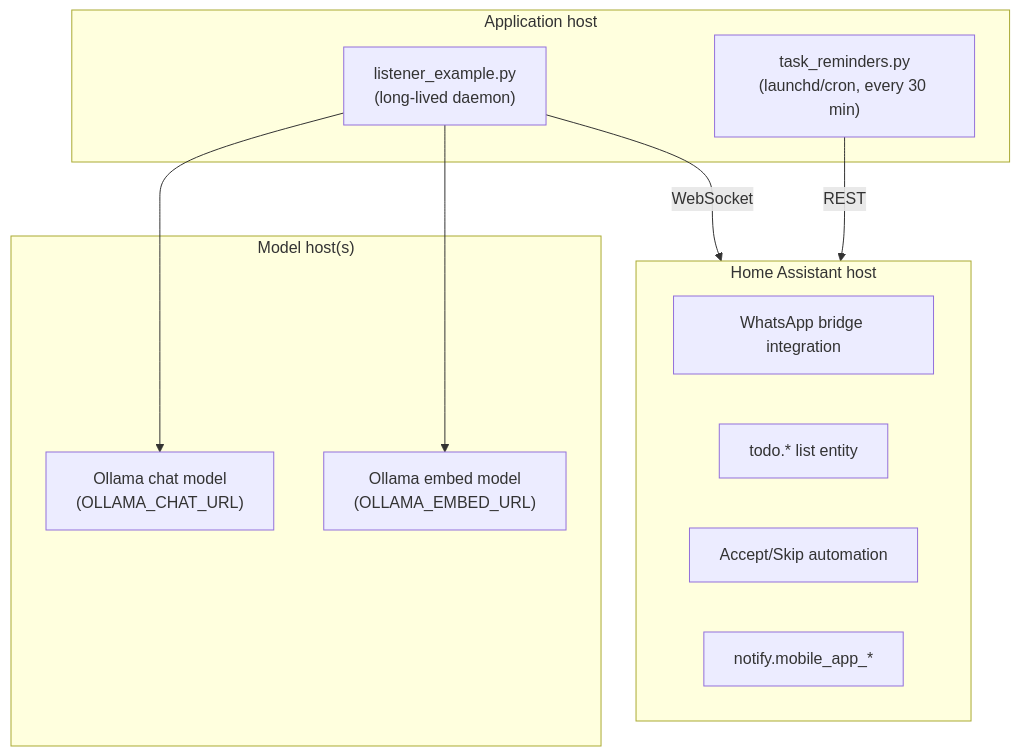
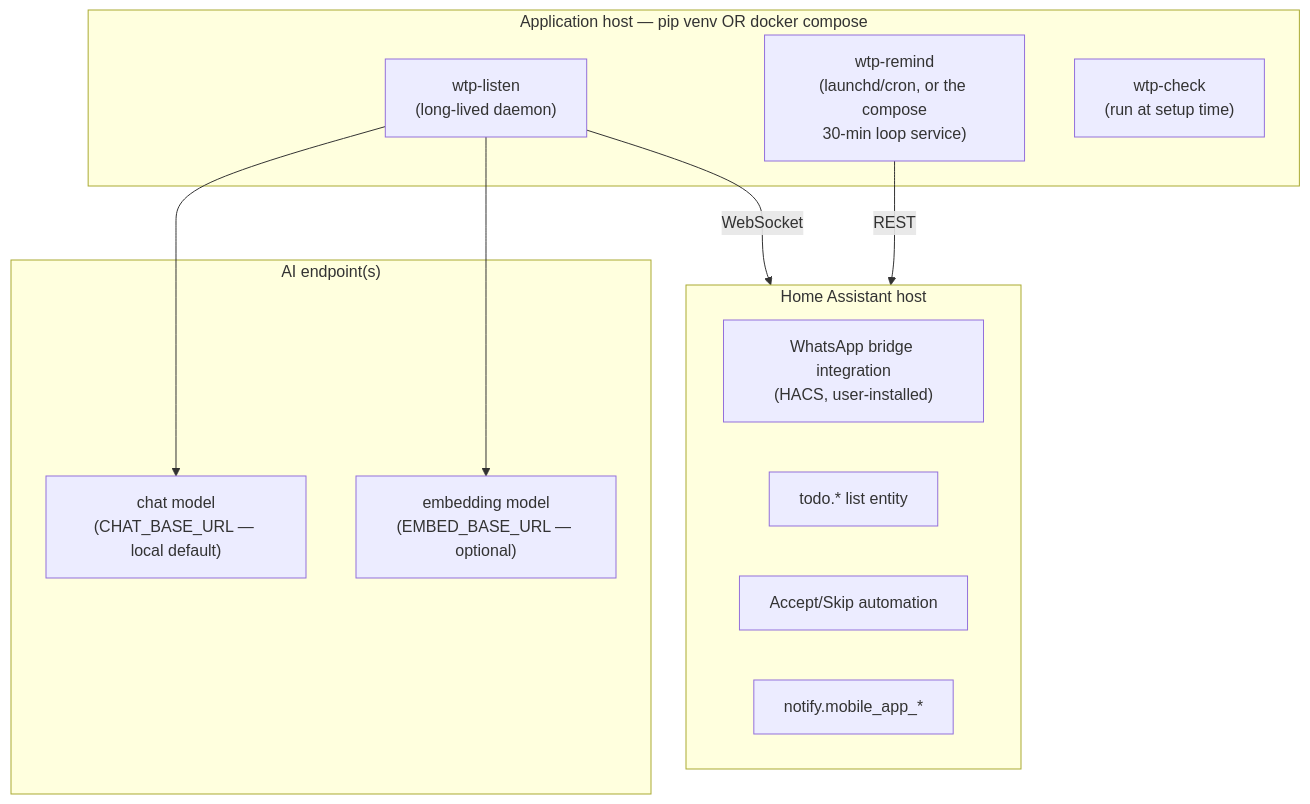
The diagram in docs/architecture/07-deployment.md (danaghili/whatsapp-task-pipeline), drawn with Mermaid before and after one commit. The commit also changed other lines of this file and 36 other files, not shown here.

First line of the commit message:
INC-001: provider-agnostic AI layer, packaging, Docker, checker, tests

````diff
--- a/docs/architecture/07-deployment.md
+++ b/docs/architecture/07-deployment.md
@@ -6,21 +6,22 @@
 ```mermaid
 graph TB
     subgraph ha_host["Home Assistant host"]
-        bridge["WhatsApp bridge integration"]
+        bridge["WhatsApp bridge integration<br/>(HACS, user-installed)"]
         todo["todo.* list entity"]
         auto["Accept/Skip automation"]
         notify["notify.mobile_app_*"]
     end
-    subgraph app_host["Application host"]
-        listener["listener_example.py<br/>(long-lived daemon)"]
-        reminders["task_reminders.py<br/>(launchd/cron, every 30 min)"]
+    subgraph app_host["Application host — pip venv OR docker compose"]
+        listener["wtp-listen<br/>(long-lived daemon)"]
+        reminders["wtp-remind<br/>(launchd/cron, or the compose<br/>30-min loop service)"]
+        checker["wtp-check<br/>(run at setup time)"]
     end
-    subgraph model_host["Model host(s)"]
-        chat["Ollama chat model<br/>(OLLAMA_CHAT_URL)"]
-        embed["Ollama embed model<br/>(OLLAMA_EMBED_URL)"]
+    subgraph model_host["AI endpoint(s)"]
+        chat["chat model<br/>(CHAT_BASE_URL — local default)"]
+        embed["embedding model<br/>(EMBED_BASE_URL — optional)"]
     end
     listener -- WebSocket --> ha_host
     listener --> chat
     listener --> embed
     reminders -- REST --> ha_host
 ```
````
